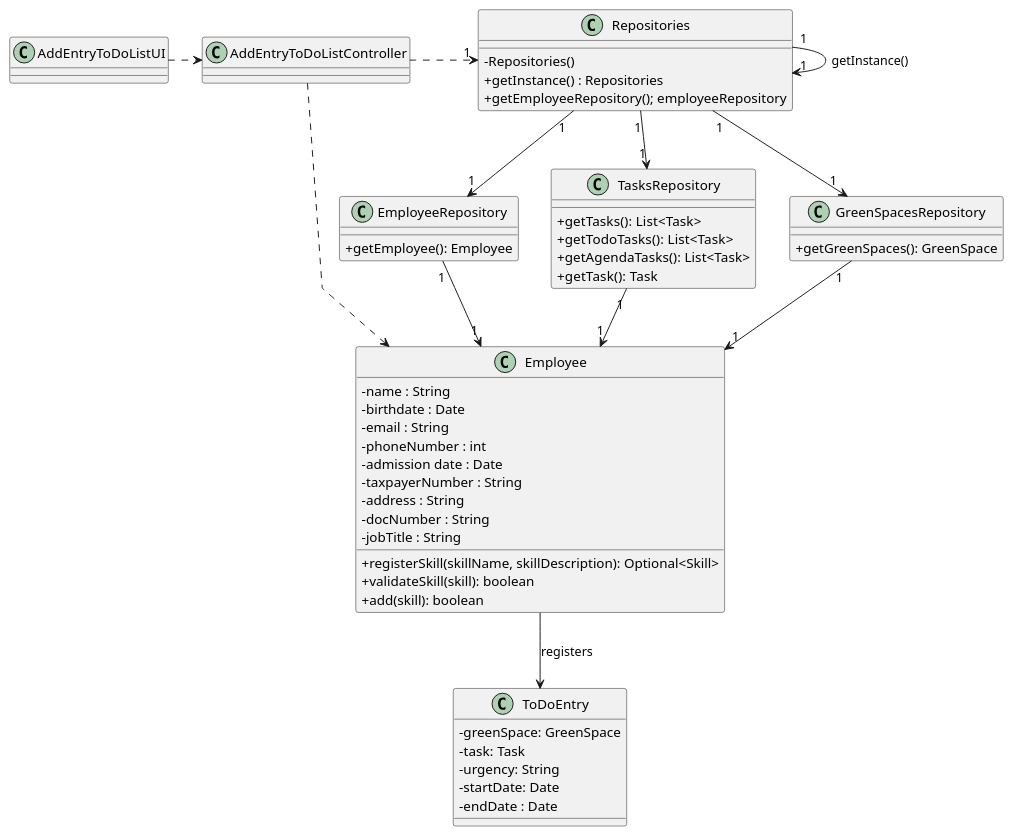
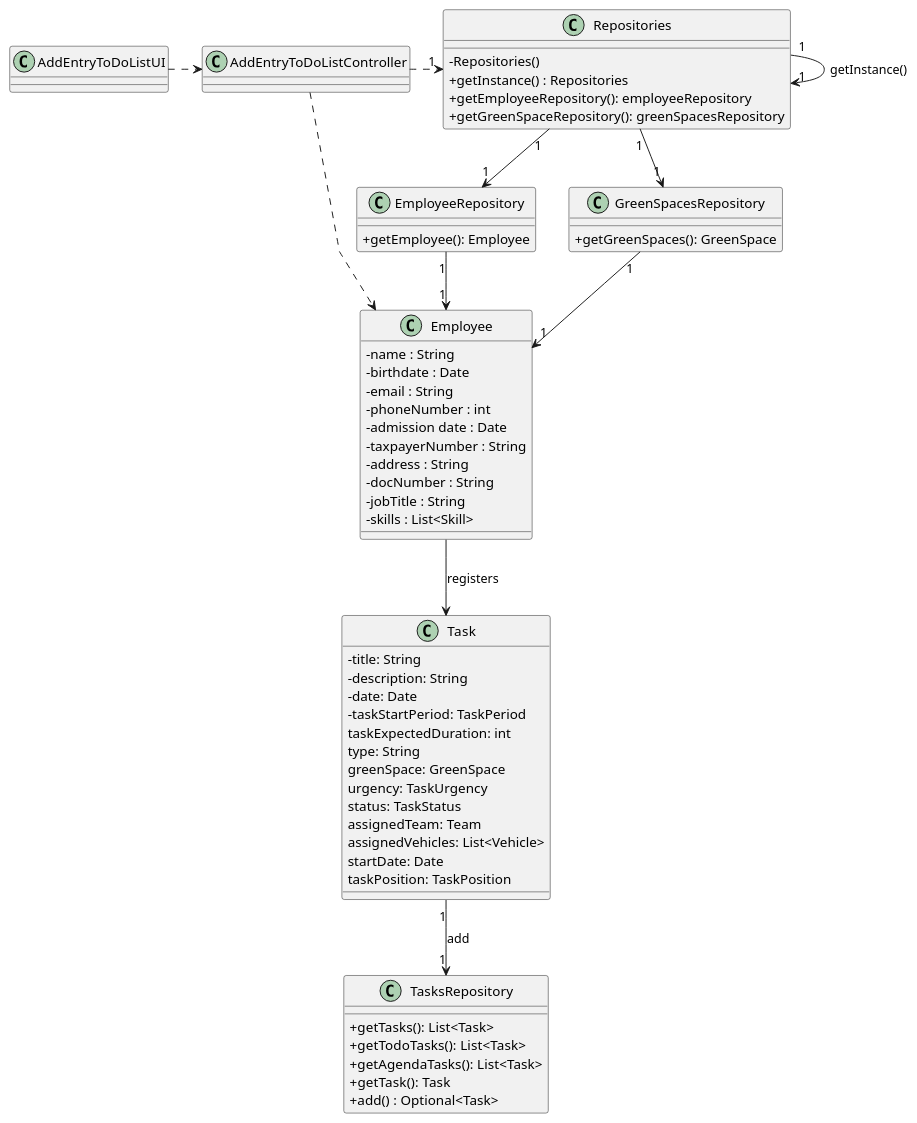
The diagram in docs/sprintC/US021/03.design/puml/us021-class-diagram.puml (LopemigueISEP/lei-24-s2-1nb-g312), drawn with PlantUML before and after one commit. The commit also changed 8 other files, not shown here.

```diff
--- a/docs/sprintC/US021/03.design/puml/us021-class-diagram.puml
+++ b/docs/sprintC/US021/03.design/puml/us021-class-diagram.puml
@@ -1,84 +1,90 @@
 @startuml
 'skinparam monochrome true
 skinparam packageStyle rectangle
 skinparam shadowing false
 skinparam linetype polyline
 'skinparam linetype orto
 
 skinparam classAttributeIconSize 0
 
 'left to right direction
 class Employee{
     -name : String
     -birthdate : Date
     -email : String
     -phoneNumber : int
     -admission date : Date
     -taxpayerNumber : String
     -address : String
     -docNumber : String
     -jobTitle : String
-
-    +registerSkill(skillName, skillDescription): Optional<Skill>
-    +validateSkill(skill): boolean
-    +add(skill): boolean
-}
-
-class ToDoEntry{
--greenSpace: GreenSpace
--task: Task
--urgency: String
--startDate: Date
--endDate : Date
+    -skills : List<Skill>
 }
 
 
 class AddEntryToDoListController{
 
 }
 
 class AddEntryToDoListUI{
 
 }
 
 class Repositories {
     - Repositories()
     + getInstance() : Repositories
-    + getEmployeeRepository(); employeeRepository
-
+    + getEmployeeRepository(): employeeRepository
+    + getGreenSpaceRepository(): greenSpacesRepository
 }
 class EmployeeRepository{
 
 
 +getEmployee(): Employee
 
 }
 class TasksRepository{
  +getTasks(): List<Task>
  +getTodoTasks(): List<Task>
  +getAgendaTasks(): List<Task>
  +getTask(): Task
+ +add() : Optional<Task>
 }
 class GreenSpacesRepository{
 +getGreenSpaces(): GreenSpace
+}
+
+class Task{
+    -title: String
+    -description: String
+    -date: Date
+    -taskStartPeriod: TaskPeriod
+    taskExpectedDuration: int
+    type: String
+    greenSpace: GreenSpace
+    urgency: TaskUrgency
+    status: TaskStatus
+    assignedTeam: Team
+    assignedVehicles: List<Vehicle>
+    startDate: Date
+    taskPosition: TaskPosition
 }
 
 AddEntryToDoListUI .>AddEntryToDoListController
 
 AddEntryToDoListController .> "1" Repositories
 
 Repositories "1" --> "1" Repositories : getInstance()
 Repositories "1" --> "1" EmployeeRepository
-Repositories "1" --> "1" TasksRepository
+
 Repositories "1" --> "1" GreenSpacesRepository
 
 AddEntryToDoListController ..>Employee
 
 EmployeeRepository "1" --> "1" Employee
-TasksRepository "1" --> "1" Employee
 GreenSpacesRepository "1" --> "1" Employee
 
-Employee --> ToDoEntry: registers
+Employee --> Task: registers
 
+Task "1" --> "1" TasksRepository: add
 
 @enduml
```
